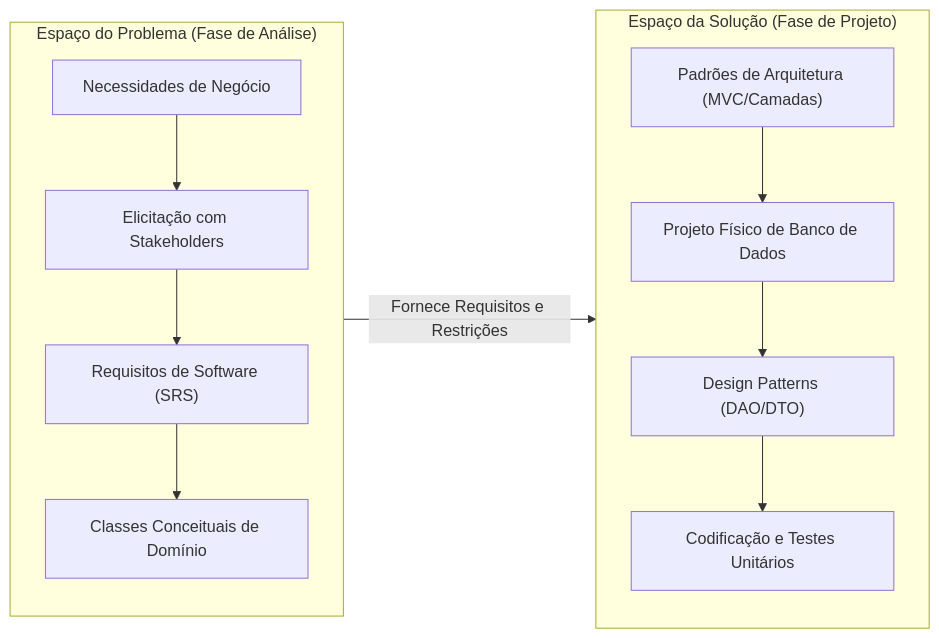
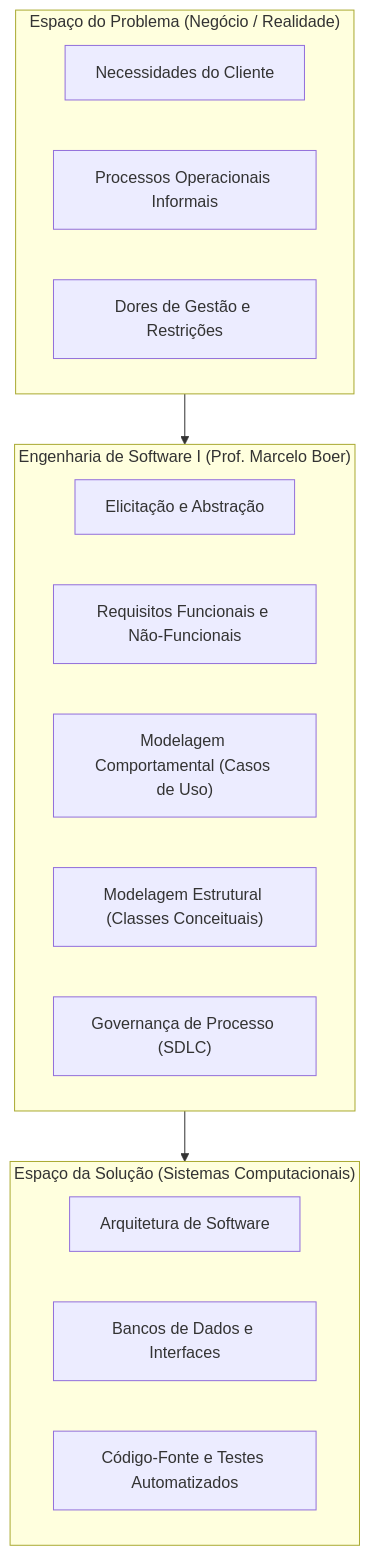
One commit to murilolol/unifef changed the first of 33 diagrams in 3º Semestre/[Prof. Marcelo Boer] Engenharia de Software I/Resumos-IA/Caderno-Consolidado.md. Above: the diagram before and after it, drawn with Mermaid. The commit also changed other lines of this file and 40 other files, not shown here.

````diff
--- a/3º Semestre/[Prof. Marcelo Boer] Engenharia de Software I/Resumos-IA/Caderno-Consolidado.md
+++ b/3º Semestre/[Prof. Marcelo Boer] Engenharia de Software I/Resumos-IA/Caderno-Consolidado.md
@@ -107,16 +79,25 @@
 ```mermaid
-flowchart LR
-    subgraph EspacoProblema["Espaço do Problema (Fase de Análise)"]
-        Negocio["Necessidades de Negócio"] --> Elicitacao["Elicitação com Stakeholders"]
-        Elicitacao --> Requisitos["Requisitos de Software (SRS)"]
-        Requisitos --> Dominio["Classes Conceituais de Domínio"]
+flowchart TD
+    subgraph DominioProblema["Espaço do Problema (Negócio / Realidade)"]
+        A1["Necessidades do Cliente"]
+        A2["Processos Operacionais Informais"]
+        A3["Dores de Gestão e Restrições"]
     end
 
-    subgraph EspacoSolucao["Espaço da Solução (Fase de Projeto)"]
-        Arquitetura["Padrões de Arquitetura (MVC/Camadas)"] --> DB["Projeto Físico de Banco de Dados"]
-        DB --> Design["Design Patterns (DAO/DTO)"]
-        Design --> Codigo["Codificação e Testes Unitários"]
+    subgraph ProcessoEngenharia["Engenharia de Software I (Prof. Marcelo Boer)"]
+        B1["Elicitação e Abstração"]
+        B2["Requisitos Funcionais e Não-Funcionais"]
+        B3["Modelagem Comportamental (Casos de Uso)"]
+        B4["Modelagem Estrutural (Classes Conceituais)"]
+        B5["Governança de Processo (SDLC)"]
     end
 
-    EspacoProblema -->|Fornece Requisitos e Restrições| EspacoSolucao
+    subgraph DominioSolucao["Espaço da Solução (Sistemas Computacionais)"]
+        C1["Arquitetura de Software"]
+        C2["Bancos de Dados e Interfaces"]
+        C3["Código-Fonte e Testes Automatizados"]
+    end
+
+    DominioProblema --> ProcessoEngenharia
+    ProcessoEngenharia --> DominioSolucao
 ```
````
